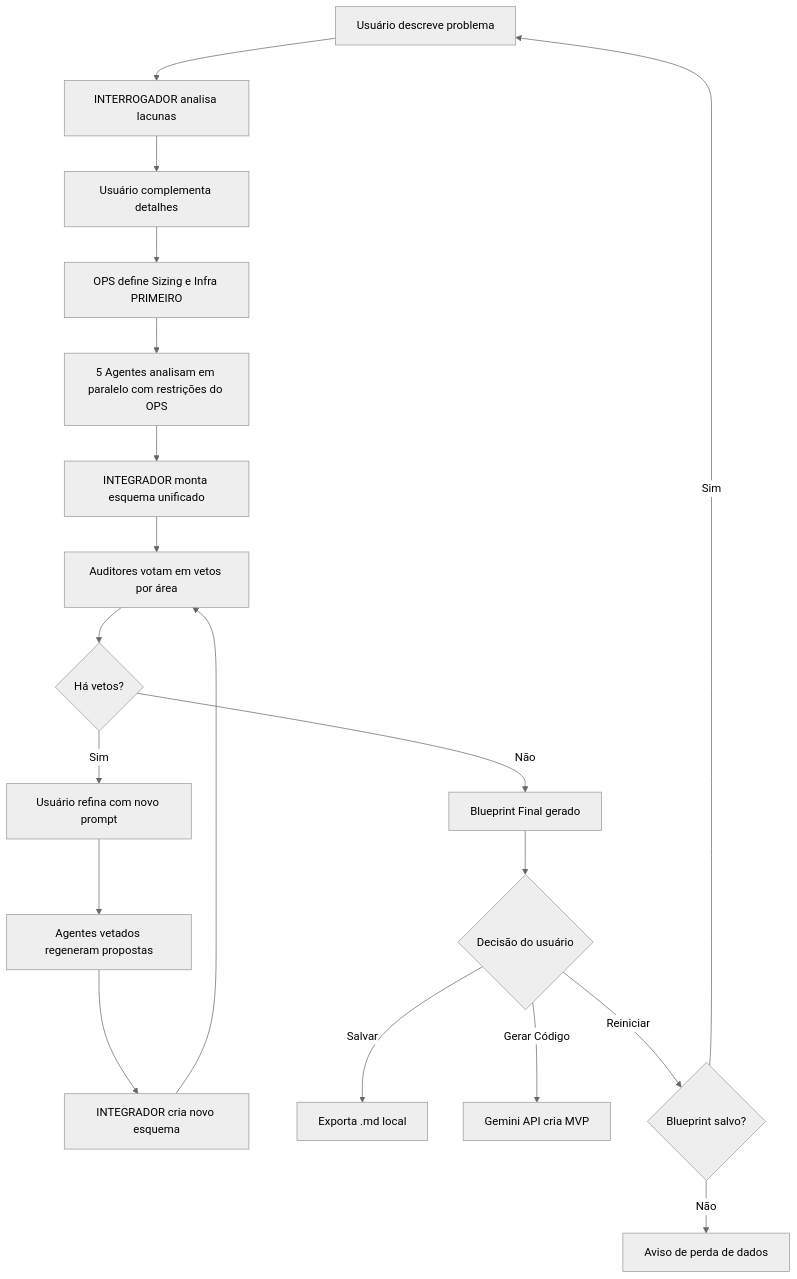
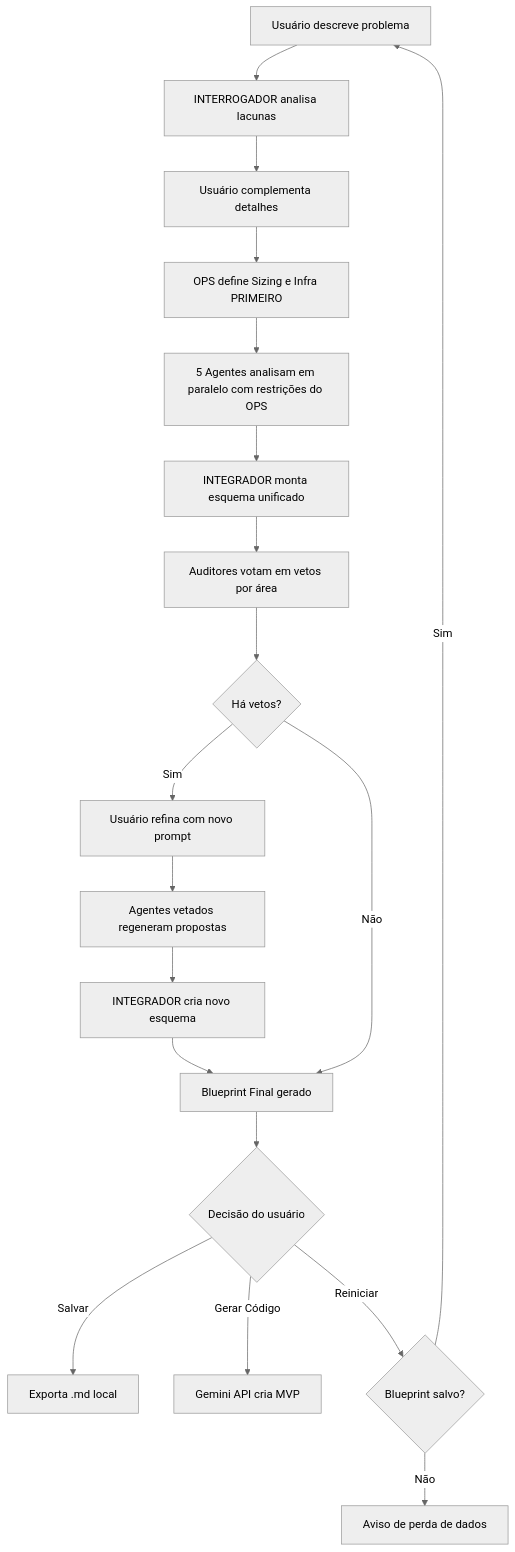
One commit to AndersonFreitasF/tribunal changed the diagram in readme.md. Above: the diagram before and after it, drawn with Mermaid (neutral theme).

Commit message:
Update flowchart in README with new node connections

````diff
--- a/readme.md
+++ b/readme.md
@@ -34,21 +34,21 @@
 ```mermaid
 graph TD
     A[Usuário descreve problema] --> B[INTERROGADOR analisa lacunas]
     B --> C[Usuário complementa detalhes]
     C --> D[OPS define Sizing e Infra PRIMEIRO]
     D --> E[5 Agentes analisam em paralelo com restrições do OPS]
     E --> F[INTEGRADOR monta esquema unificado]
     F --> G[Auditores votam em vetos por área]
     G --> H{Há vetos?}
     H -->|Sim| I[Usuário refina com novo prompt]
     I --> J[Agentes vetados regeneram propostas]
     J --> K[INTEGRADOR cria novo esquema]
-    K --> G
+    K --> L
     H -->|Não| L[Blueprint Final gerado]
     L --> M{Decisão do usuário}
     M -->|Salvar| N[Exporta .md local]
     M -->|Gerar Código| O[Gemini API cria MVP]
     M -->|Reiniciar| P{Blueprint salvo?}
     P -->|Não| Q[Aviso de perda de dados]
     P -->|Sim| A
 ```
````
